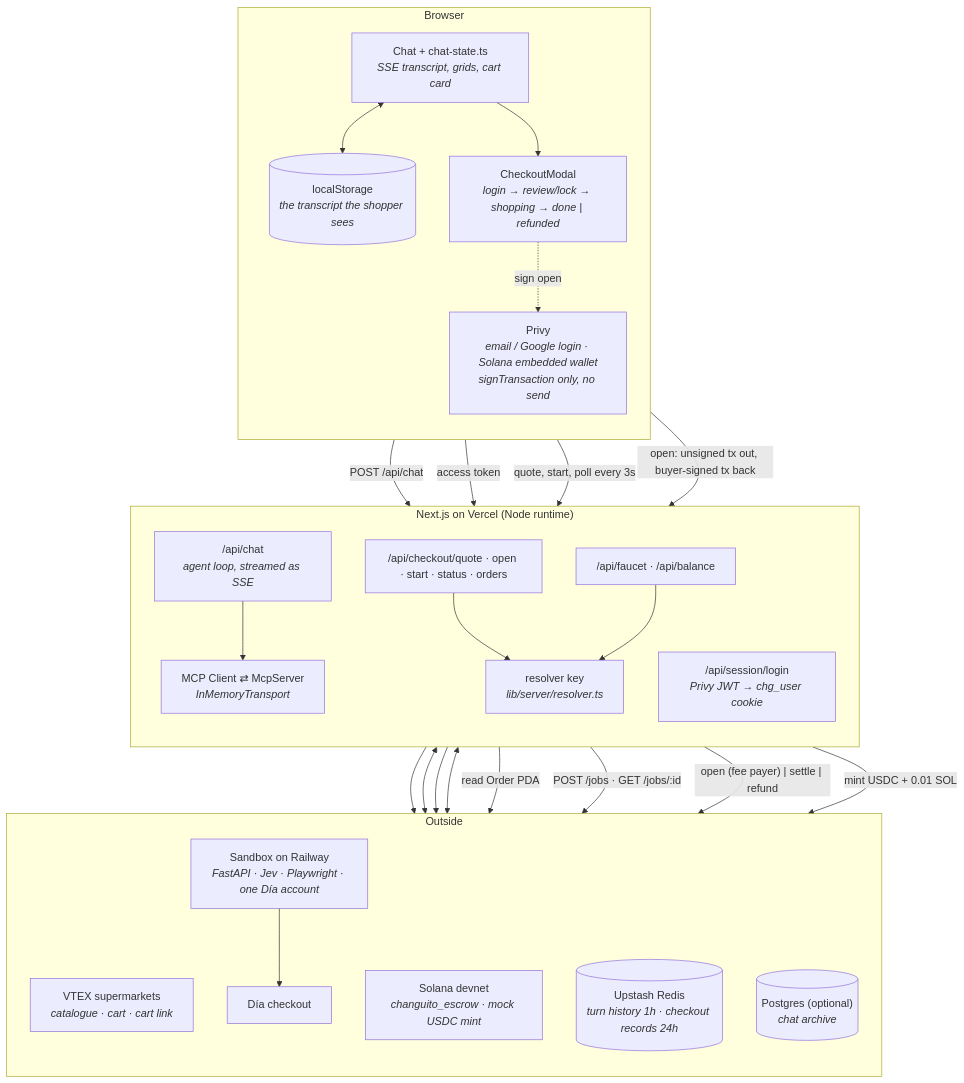
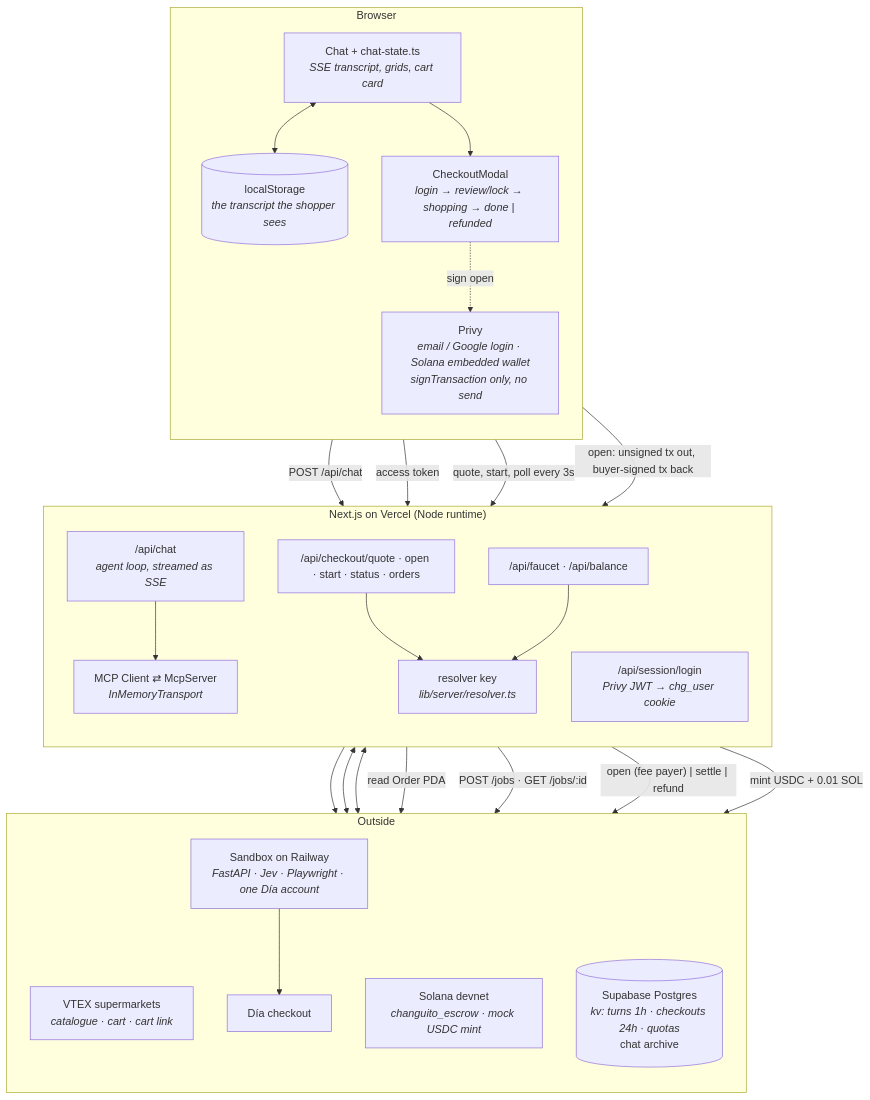
The first of 3 diagrams in docs/architecture.md (raptor0929/solana-changuito), drawn with Mermaid before and after one commit. The commit also changed other lines of this file and 17 other files, not shown here.

````diff
--- a/docs/architecture.md
+++ b/docs/architecture.md
@@ -42,45 +42,43 @@
 ```mermaid
 flowchart TB
     subgraph BROWSER["Browser"]
         direction TB
         PRIVY["Privy<br/><i>email / Google login · Solana embedded wallet<br/>signTransaction only, no send</i>"]
         CHAT["Chat + chat-state.ts<br/><i>SSE transcript, grids, cart card</i>"]
         CM["CheckoutModal<br/><i>login → review/lock → shopping → done | refunded</i>"]
         LS[("localStorage<br/><i>the transcript the shopper sees</i>")]
     end
 
     subgraph VERCEL["Next.js on Vercel (Node runtime)"]
         direction TB
         API_CHAT["/api/chat<br/><i>agent loop, streamed as SSE</i>"]
         MCPC["MCP Client ⇄ McpServer<br/><i>InMemoryTransport</i>"]
         API_SES["/api/session/login<br/><i>Privy JWT → chg_user cookie</i>"]
         API_CK["/api/checkout/quote · open · start · status · orders"]
         API_FAU["/api/faucet · /api/balance"]
         RES["resolver key<br/><i>lib/server/resolver.ts</i>"]
     end
 
     subgraph OUTSIDE["Outside"]
         direction TB
         VTEX["VTEX supermarkets<br/><i>catalogue · cart · cart link</i>"]
         SOL["Solana devnet<br/><i>changuito_escrow · mock USDC mint</i>"]
         SBX["Sandbox on Railway<br/><i>FastAPI · Jev · Playwright · one Día account</i>"]
         DIA["Día checkout"]
-        REDIS[("Upstash Redis<br/><i>turn history 1h · checkout records 24h</i>")]
-        PG[("Postgres (optional)<br/><i>chat archive</i>")]
+        PG[("Supabase Postgres<br/><i>kv: turns 1h · checkouts 24h · quotas</i><br/>chat archive")]
     end
 
     CHAT <--> LS
     CHAT -->|"POST /api/chat"| API_CHAT --> MCPC --> VTEX
-    API_CHAT <--> REDIS
-    API_CHAT --> PG
+    API_CHAT <--> PG
     PRIVY -->|"access token"| API_SES
     CHAT --> CM
     CM -->|"quote, start, poll every 3s"| API_CK
     CM -->|"open: unsigned tx out, buyer-signed tx back"| API_CK
     CM -.->|"sign open"| PRIVY
-    API_CK <--> REDIS
+    API_CK <--> PG
     API_CK -->|"read Order PDA"| SOL
     API_CK -->|"POST /jobs · GET /jobs/:id"| SBX --> DIA
     API_CK --> RES -->|"open (fee payer) | settle | refund"| SOL
     API_FAU --> RES -->|"mint USDC + 0.01 SOL"| SOL
 ```
````
